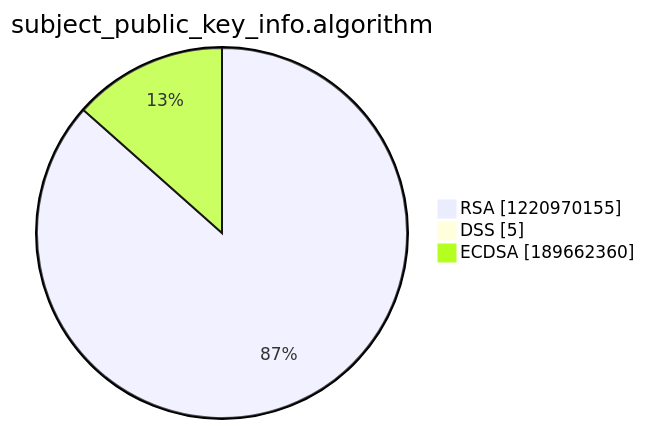
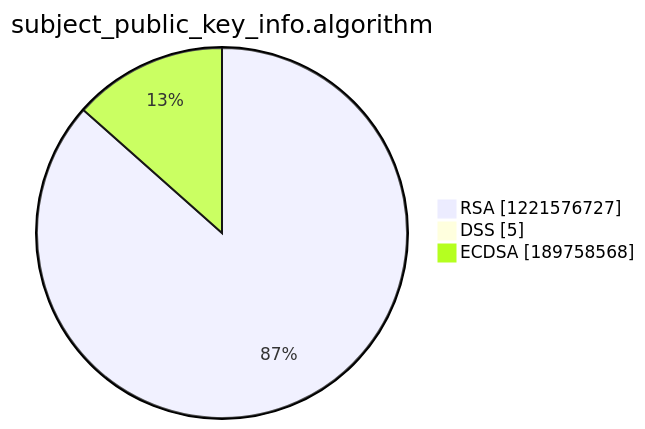
Before and after one commit to christiankrug/ctmonitor_visualization: the third of 15 diagrams in argon2022/README.md, drawn with Mermaid. The commit also changed other lines of this file, not shown here.

````diff
--- a/argon2022/README.md
+++ b/argon2022/README.md
@@ -14,7 +14,7 @@
 ```mermaid
 pie showData
 title subject_public_key_info.algorithm
-"RSA" :1220970155
+"RSA" :1221576727
 "DSS" :5
-"ECDSA" :189662360
+"ECDSA" :189758568
 ```
````
